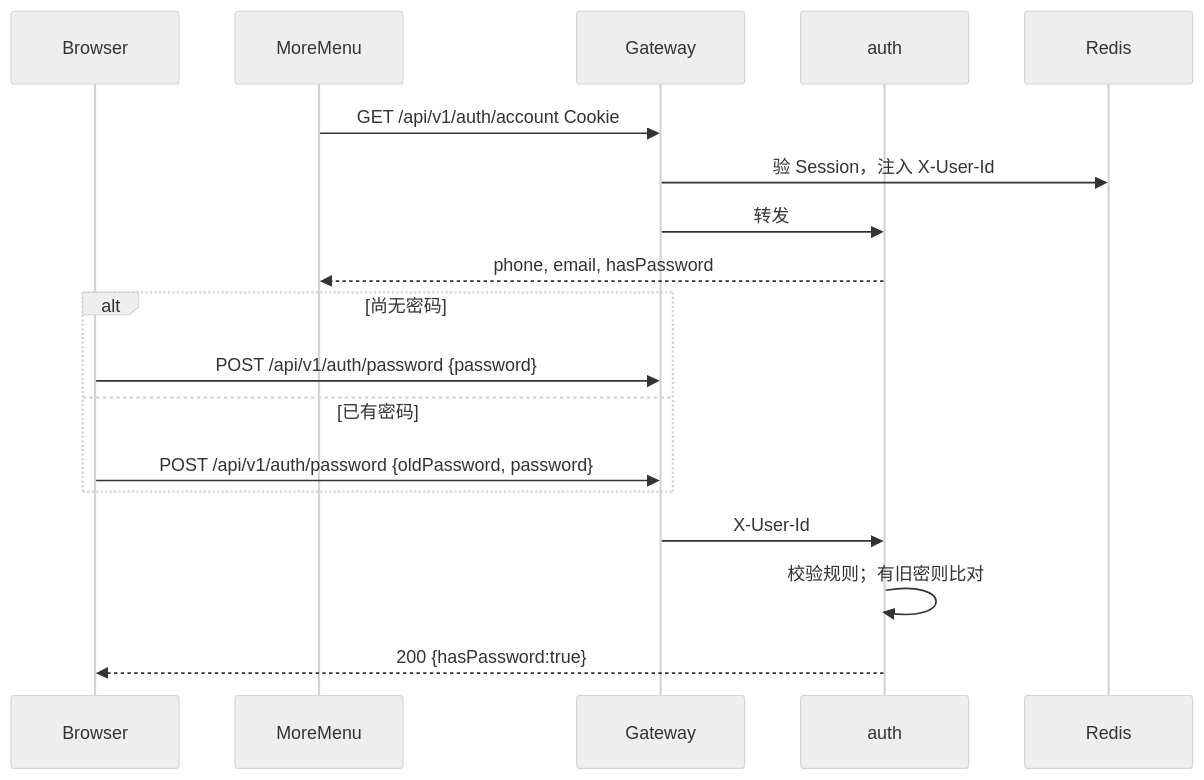
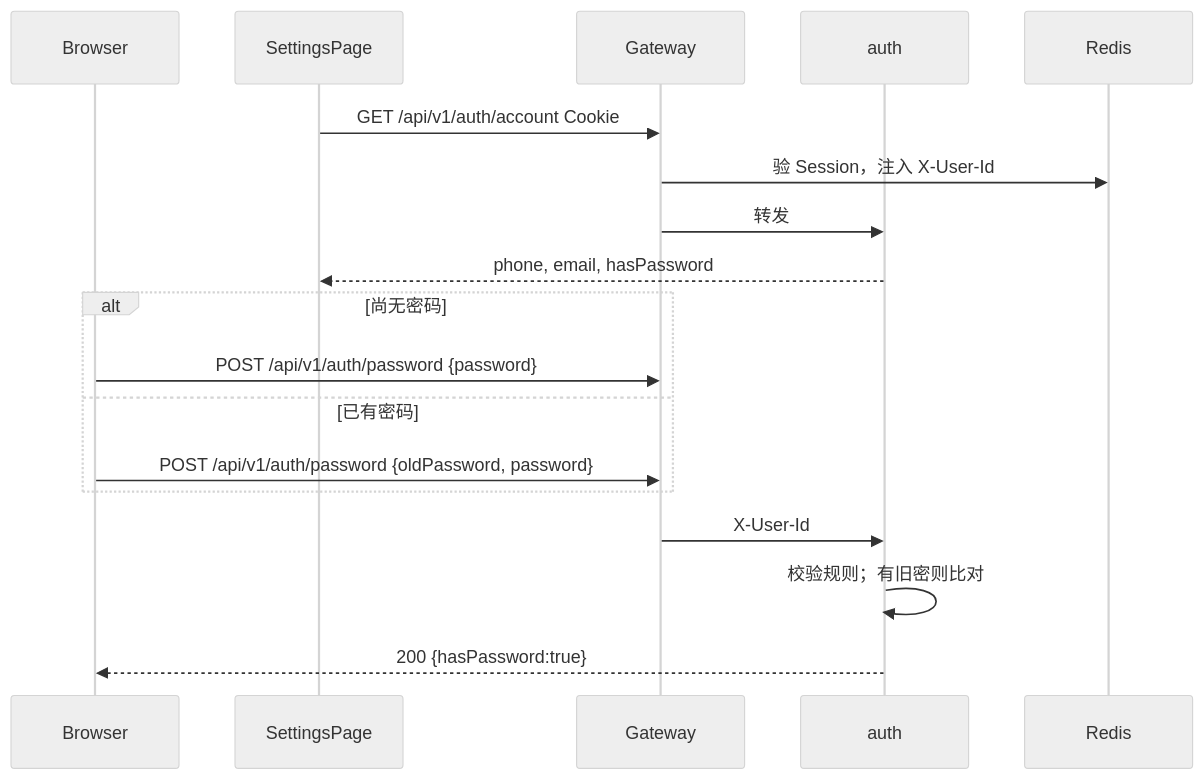
One commit to Yangleduo00337788/OnePage changed the seventh of 8 diagrams in agi-work-space/src/content/engineering/tech/auth-flows.md. Above: the diagram before and after it, drawn with Mermaid (neutral theme). The commit also changed other lines of this file and 20 other files, not shown here.

````diff
--- a/agi-work-space/src/content/engineering/tech/auth-flows.md
+++ b/agi-work-space/src/content/engineering/tech/auth-flows.md
@@ -244,21 +244,21 @@
 ```mermaid
 sequenceDiagram
   participant B as Browser
-  participant W as MoreMenu
+  participant W as SettingsPage
   participant G as Gateway
   participant A as auth
   participant R as Redis
 
   W->>G: GET /api/v1/auth/account Cookie
   G->>R: 验 Session，注入 X-User-Id
   G->>A: 转发
   A-->>W: phone, email, hasPassword
   alt 尚无密码
     B->>G: POST /api/v1/auth/password {password}
   else 已有密码
     B->>G: POST /api/v1/auth/password {oldPassword, password}
   end
   G->>A: X-User-Id
   A->>A: 校验规则；有旧密则比对
   A-->>B: 200 {hasPassword:true}
 ```
````
